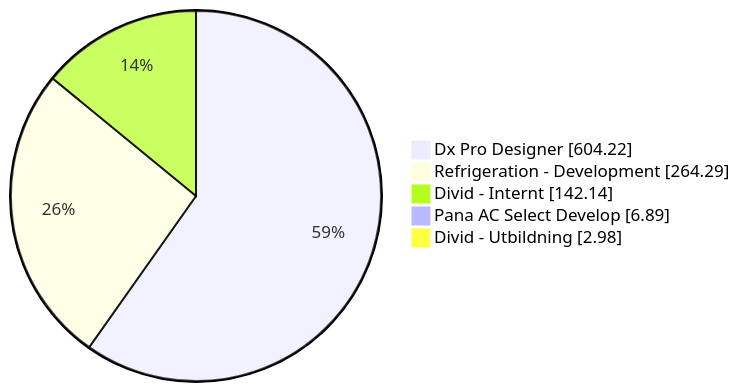
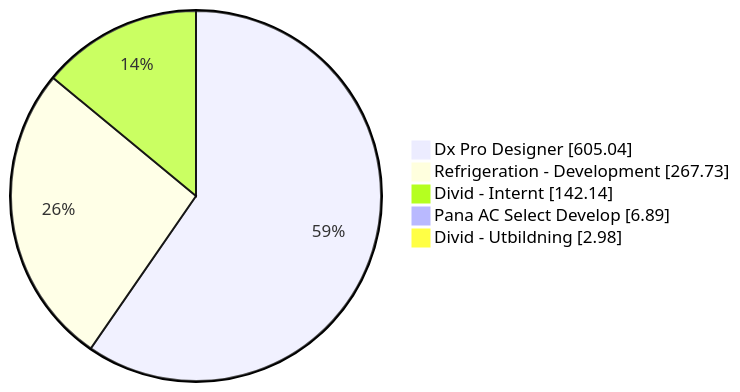
One commit to albinforsberg-netizen/timeclock changed the first of 5 diagrams in README.org. Above: the diagram before and after it, drawn with Mermaid. The commit also changed other lines of this file, not shown here.

```diff
--- a/README.org
+++ b/README.org
@@ -32,8 +32,8 @@
 #+begin_src mermaid
 pie showData
-    "Dx Pro Designer" : 604.22
-    "Refrigeration - Development" : 264.29
+    "Dx Pro Designer" : 605.04
+    "Refrigeration - Development" : 267.73
     "Divid - Internt" : 142.14
     "Pana AC Select Develop" : 6.89
     "Divid - Utbildning" : 2.98
 #+end_src
```
